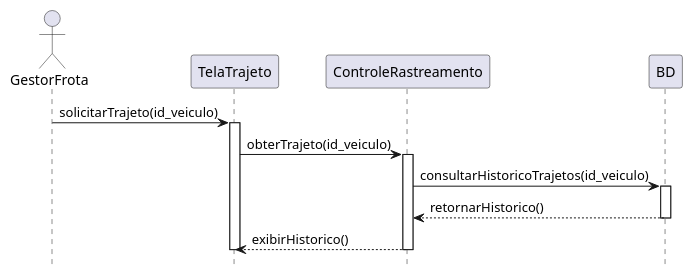
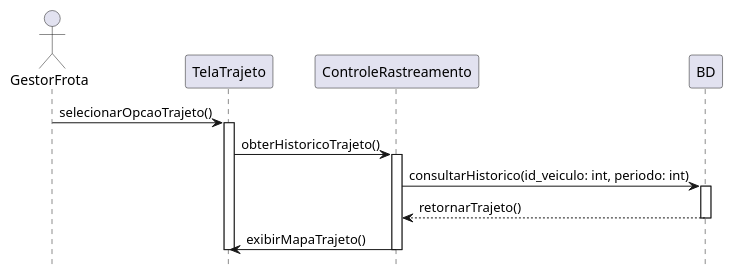
Before and after one commit to Pollyanadias/Sistema-de-Gerenciamento-de-Frotas: the diagram in Gerenciamento de Frotas/Diagramas de Sequencias/Conhecer Trajeto Percorrido.iuml, drawn with PlantUML.

Commit message:
Update Conhecer Trajeto Percorrido.iuml

```diff
--- a/Gerenciamento de Frotas/Diagramas de Sequencias/Conhecer Trajeto Percorrido.iuml
+++ b/Gerenciamento de Frotas/Diagramas de Sequencias/Conhecer Trajeto Percorrido.iuml
@@ -1,25 +1,25 @@
 @startuml "Conhecer o Trajeto Percorrido"
 hide footbox
 
 actor GestorFrota as gestor_ator
 participant TelaTrajeto as tela_trajeto
 participant ControleRastreamento as controle_rastreamento
 participant BD as bd
 
-gestor_ator -> tela_trajeto: solicitarTrajeto(id_veiculo)
+gestor_ator -> tela_trajeto: selecionarOpcaoTrajeto()
 activate tela_trajeto
 
-tela_trajeto -> controle_rastreamento: obterTrajeto(id_veiculo)
+tela_trajeto -> controle_rastreamento: obterHistoricoTrajeto()
 activate controle_rastreamento
 
-controle_rastreamento -> bd: consultarHistoricoTrajetos(id_veiculo)
+controle_rastreamento -> bd: consultarHistorico(id_veiculo: int, periodo: int)
 activate bd
 
-bd --> controle_rastreamento: retornarHistorico()
+bd --> controle_rastreamento: retornarTrajeto()
 deactivate bd
 
-controle_rastreamento --> tela_trajeto: exibirHistorico()
+controle_rastreamento -> tela_trajeto: exibirMapaTrajeto()
 deactivate controle_rastreamento
 
 deactivate tela_trajeto
 @enduml
```
